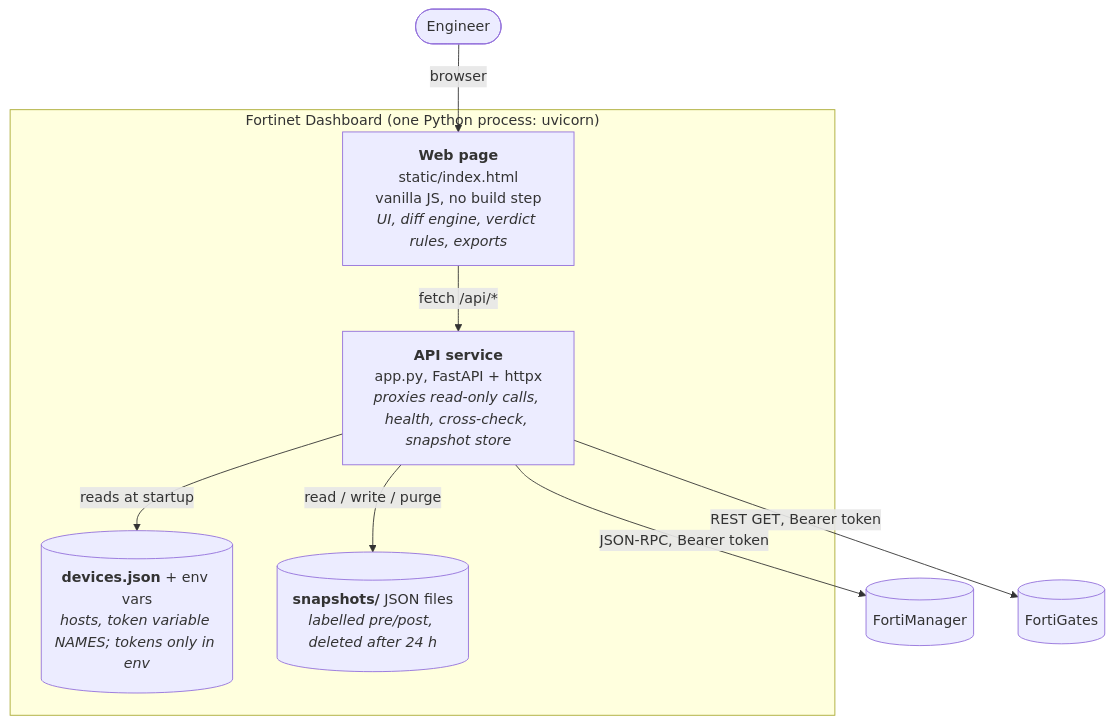
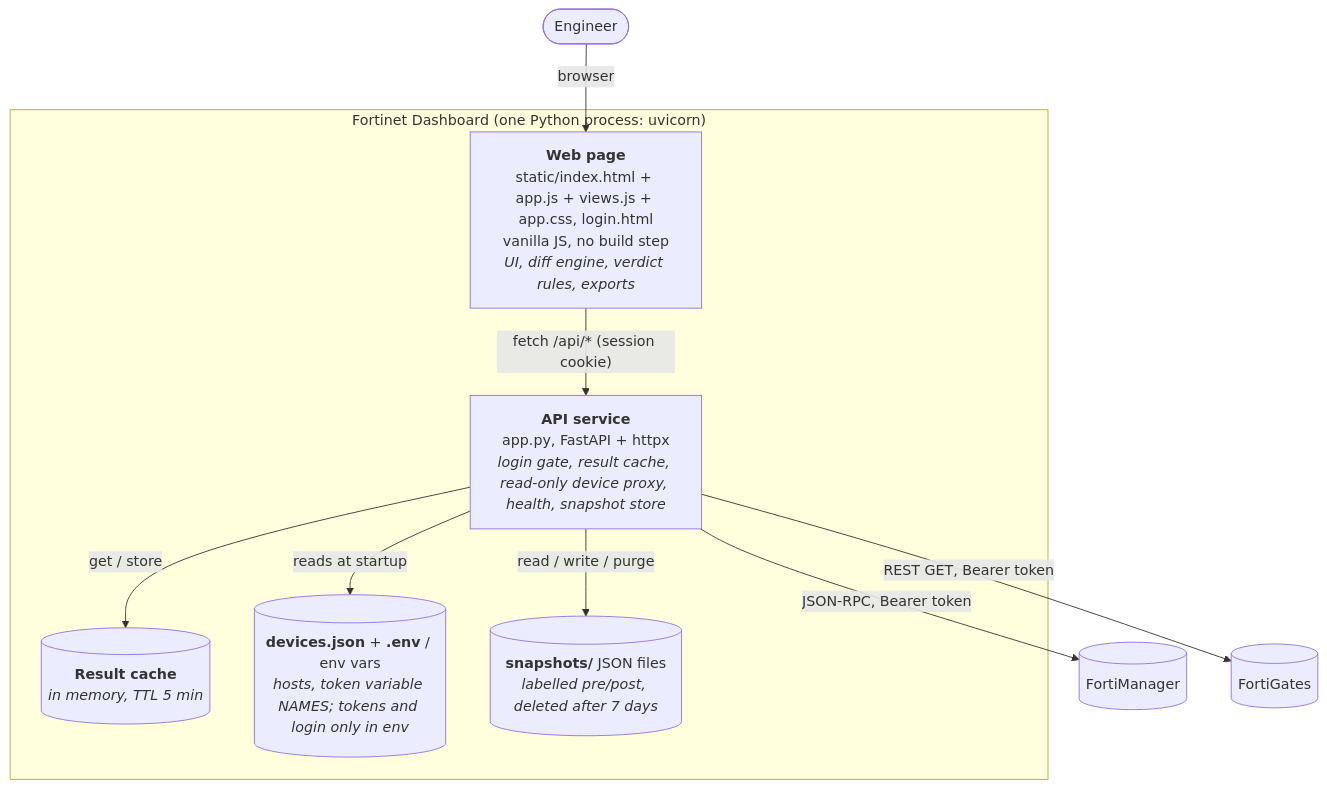
The second of 4 diagrams in ARCHITECTURE.md (VictorBogre/Pulse), drawn with Mermaid before and after one commit. The commit also changed other lines of this file and 16 other files, not shown here.

````diff
--- a/ARCHITECTURE.md
+++ b/ARCHITECTURE.md
@@ -23,21 +23,23 @@
 ```mermaid
 flowchart TB
     eng(["Engineer"])
 
     subgraph dash ["Fortinet Dashboard (one Python process: uvicorn)"]
-        spa["<b>Web page</b><br/>static/index.html<br/>vanilla JS, no build step<br/><i>UI, diff engine, verdict rules, exports</i>"]
-        api["<b>API service</b><br/>app.py, FastAPI + httpx<br/><i>proxies read-only calls, health, cross-check, snapshot store</i>"]
-        cfg[("<b>devices.json</b> + env vars<br/><i>hosts, token variable NAMES; tokens only in env</i>")]
-        snaps[("<b>snapshots/</b> JSON files<br/><i>labelled pre/post, deleted after 24 h</i>")]
+        spa["<b>Web page</b><br/>static/index.html + app.js + views.js + app.css, login.html<br/>vanilla JS, no build step<br/><i>UI, diff engine, verdict rules, exports</i>"]
+        api["<b>API service</b><br/>app.py, FastAPI + httpx<br/><i>login gate, result cache, read-only device proxy, health, snapshot store</i>"]
+        cache[("<b>Result cache</b><br/><i>in memory, TTL 5 min</i>")]
+        cfg[("<b>devices.json</b> + <b>.env</b> / env vars<br/><i>hosts, token variable NAMES; tokens and login only in env</i>")]
+        snaps[("<b>snapshots/</b> JSON files<br/><i>labelled pre/post, deleted after 7 days</i>")]
     end
 
     fmg[("FortiManager")]
     fgt[("FortiGates")]
 
     eng -- "browser" --> spa
-    spa -- "fetch /api/*" --> api
+    spa -- "fetch /api/* (session cookie)" --> api
     api -- "reads at startup" --> cfg
+    api -- "get / store" --> cache
     api -- "read / write / purge" --> snaps
     api -- "JSON-RPC, Bearer token" --> fmg
     api -- "REST GET, Bearer token" --> fgt
 ```
````
